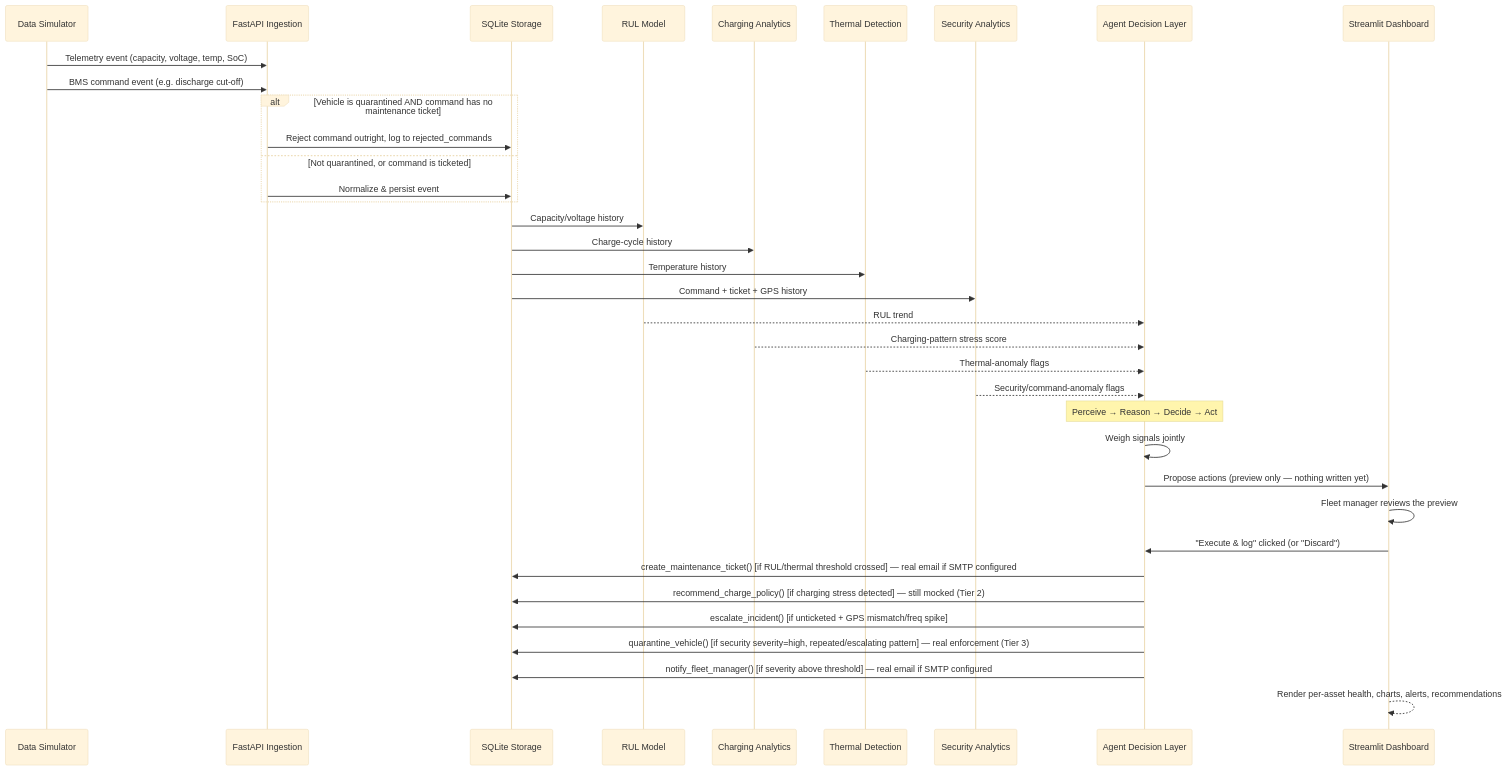
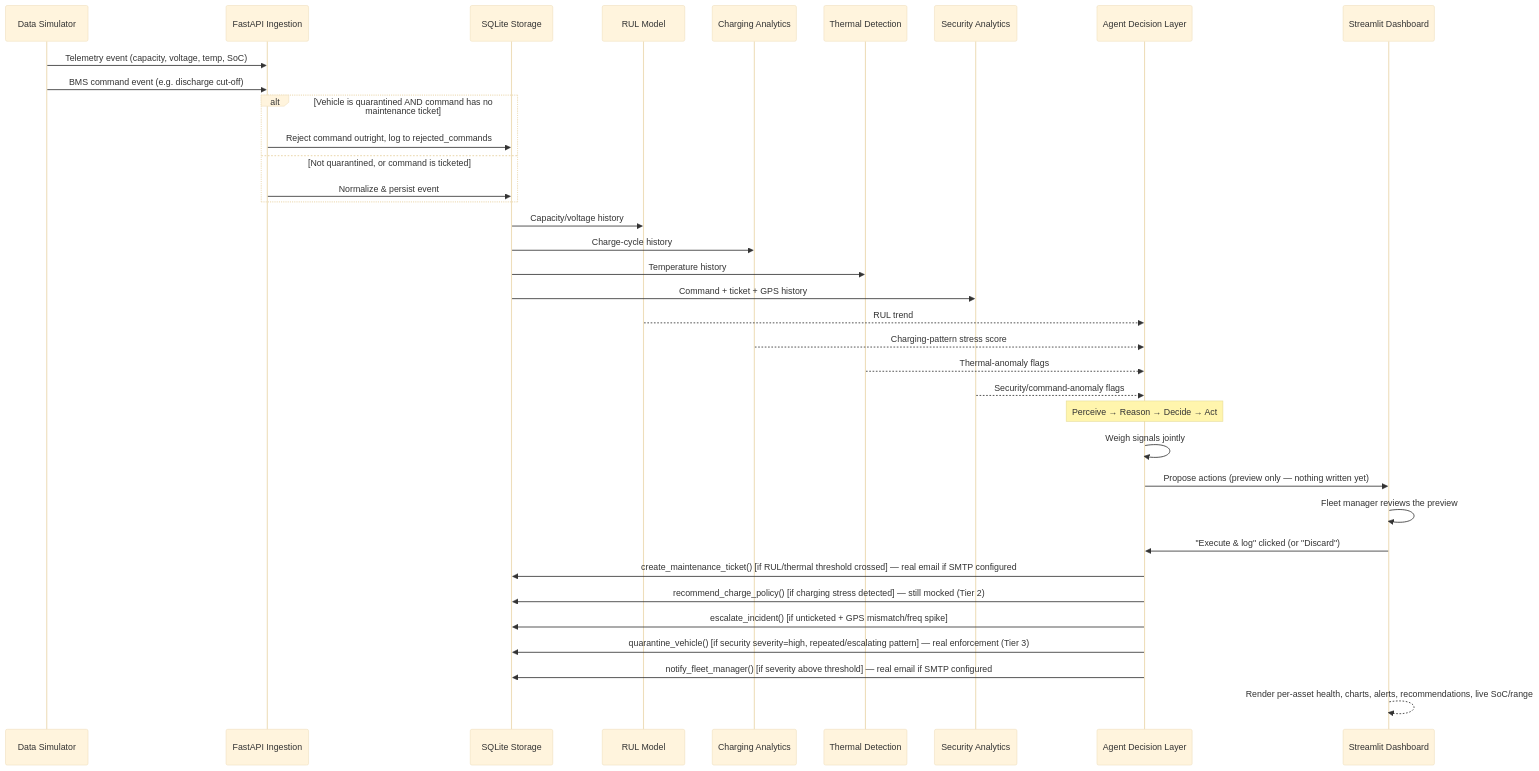
The second of 5 diagrams in README.md (Yash2642k5/VOLTSENTINEL), drawn with Mermaid (base theme) before and after one commit. The commit also changed other lines of this file, not shown here.

````diff
--- a/README.md
+++ b/README.md
@@ -198,44 +205,44 @@
 ```mermaid
 sequenceDiagram
     participant Sim as Data Simulator
     participant API as FastAPI Ingestion
     participant DB as SQLite Storage
     participant RUL as RUL Model
     participant Chg as Charging Analytics
     participant Therm as Thermal Detection
     participant Sec as Security Analytics
     participant Agent as Agent Decision Layer
     participant UI as Streamlit Dashboard
 
     Sim->>API: Telemetry event (capacity, voltage, temp, SoC)
     Sim->>API: BMS command event (e.g. discharge cut-off)
     alt Vehicle is quarantined AND command has no maintenance ticket
         API->>DB: Reject command outright, log to rejected_commands
     else Not quarantined, or command is ticketed
         API->>DB: Normalize & persist event
     end
 
     DB->>RUL: Capacity/voltage history
     DB->>Chg: Charge-cycle history
     DB->>Therm: Temperature history
     DB->>Sec: Command + ticket + GPS history
 
     RUL-->>Agent: RUL trend
     Chg-->>Agent: Charging-pattern stress score
     Therm-->>Agent: Thermal-anomaly flags
     Sec-->>Agent: Security/command-anomaly flags
 
     Note over Agent: Perceive → Reason → Decide → Act
 
     Agent->>Agent: Weigh signals jointly
     Agent->>UI: Propose actions (preview only — nothing written yet)
     UI->>UI: Fleet manager reviews the preview
     UI->>Agent: "Execute & log" clicked (or "Discard")
     Agent->>DB: create_maintenance_ticket() [if RUL/thermal threshold crossed] — real email if SMTP configured
     Agent->>DB: recommend_charge_policy() [if charging stress detected] — still mocked (Tier 2)
     Agent->>DB: escalate_incident() [if unticketed + GPS mismatch/freq spike]
     Agent->>DB: quarantine_vehicle() [if security severity=high, repeated/escalating pattern] — real enforcement (Tier 3)
     Agent->>DB: notify_fleet_manager() [if severity above threshold] — real email if SMTP configured
 
-    UI-->>UI: Render per-asset health, charts, alerts, recommendations
+    UI-->>UI: Render per-asset health, charts, alerts, recommendations, live SoC/range
 ```
````
